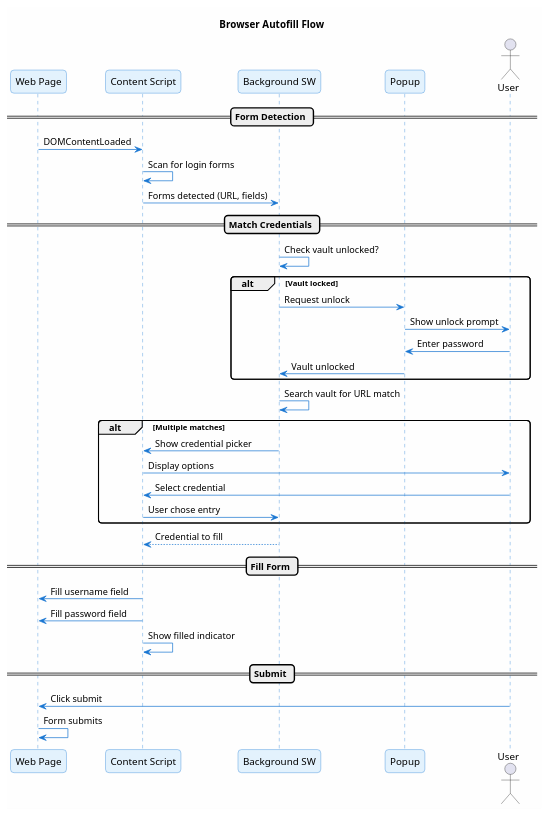
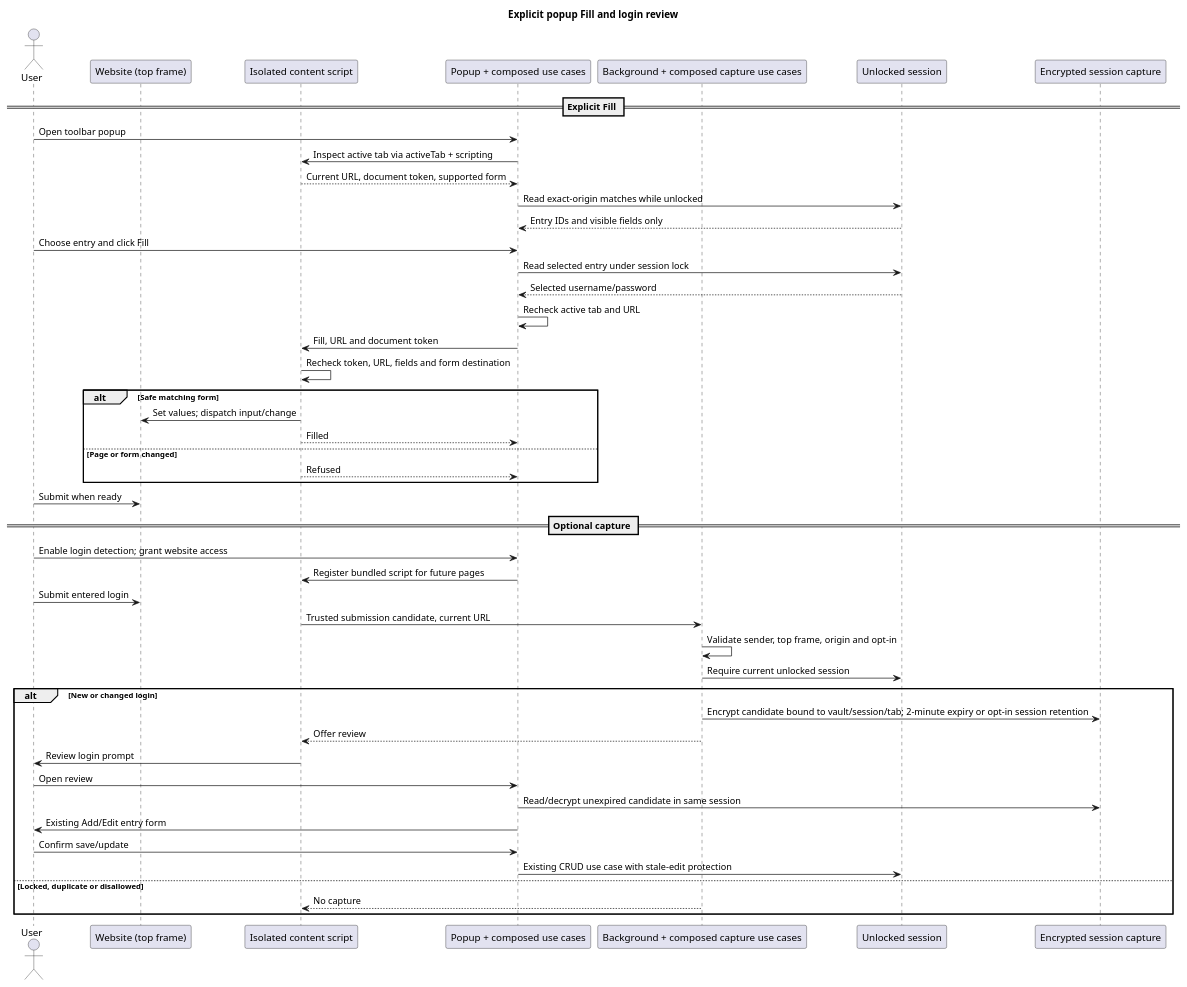
One commit to ArionStudio/engr-serverless-pm changed the diagram in docs/architecture/sequence/05-browser-autofill.sequence.puml. Above: the diagram before and after it, drawn with PlantUML. The commit also changed 86 other files, not shown here.

Commit message:
feat(extension): detect and fill website logins across browser builds

```diff
--- a/docs/architecture/sequence/05-browser-autofill.sequence.puml
+++ b/docs/architecture/sequence/05-browser-autofill.sequence.puml
@@ -1,60 +1,50 @@
 @startuml 05-browser-autofill
-title Browser Autofill Flow
+title Explicit popup Fill and login review
+actor User as user
+participant "Website (top frame)" as page
+participant "Isolated content script" as content
+participant "Popup + composed use cases" as popup
+participant "Background + composed capture use cases" as bg
+participant "Unlocked session" as vault
+participant "Encrypted session capture" as pending
 
-skinparam backgroundColor #FEFEFE
-skinparam roundcorner 10
-skinparam shadowing false
+== Explicit Fill ==
+user -> popup : Open toolbar popup
+popup -> content : Inspect active tab via activeTab + scripting
+content --> popup : Current URL, document token, supported form
+popup -> vault : Read exact-origin matches while unlocked
+vault --> popup : Entry IDs and visible fields only
+user -> popup : Choose entry and click Fill
+popup -> vault : Read selected entry under session lock
+vault --> popup : Selected username/password
+popup -> popup : Recheck active tab and URL
+popup -> content : Fill, URL and document token
+content -> content : Recheck token, URL, fields and form destination
+alt Safe matching form
+  content -> page : Set values; dispatch input/change
+  content --> popup : Filled
+else Page or form changed
+  content --> popup : Refused
+end
+user -> page : Submit when ready
 
-skinparam sequence {
-    ArrowColor #1976D2
-    LifeLineBorderColor #1976D2
-    ParticipantBackgroundColor #E3F2FD
-    ParticipantBorderColor #1976D2
-}
-
-participant "Web Page" as page
-participant "Content Script" as content
-participant "Background SW" as bg
-participant "Popup" as popup
-actor User as user
-
-== Form Detection ==
-
-page -> content : DOMContentLoaded
-content -> content : Scan for login forms
-content -> bg : Forms detected (URL, fields)
-
-== Match Credentials ==
-
-bg -> bg : Check vault unlocked?
-
-alt Vault locked
-    bg -> popup : Request unlock
-    popup -> user : Show unlock prompt
-    user -> popup : Enter password
-    popup -> bg : Vault unlocked
+== Optional capture ==
+user -> popup : Enable login detection; grant website access
+popup -> content : Register bundled script for future pages
+user -> page : Submit entered login
+content -> bg : Trusted submission candidate, current URL
+bg -> bg : Validate sender, top frame, origin and opt-in
+bg -> vault : Require current unlocked session
+alt New or changed login
+  bg -> pending : Encrypt candidate bound to vault/session/tab; 2-minute expiry or opt-in session retention
+  bg --> content : Offer review
+  content -> user : Review login prompt
+  user -> popup : Open review
+  popup -> pending : Read/decrypt unexpired candidate in same session
+  popup -> user : Existing Add/Edit entry form
+  user -> popup : Confirm save/update
+  popup -> vault : Existing CRUD use case with stale-edit protection
+else Locked, duplicate or disallowed
+  bg --> content : No capture
 end
-
-bg -> bg : Search vault for URL match
-
-alt Multiple matches
-    bg -> content : Show credential picker
-    content -> user : Display options
-    user -> content : Select credential
-    content -> bg : User chose entry
-end
-
-bg --> content : Credential to fill
-
-== Fill Form ==
-
-content -> page : Fill username field
-content -> page : Fill password field
-content -> content : Show filled indicator
-
-== Submit ==
-
-user -> page : Click submit
-page -> page : Form submits
-
 @enduml
```
